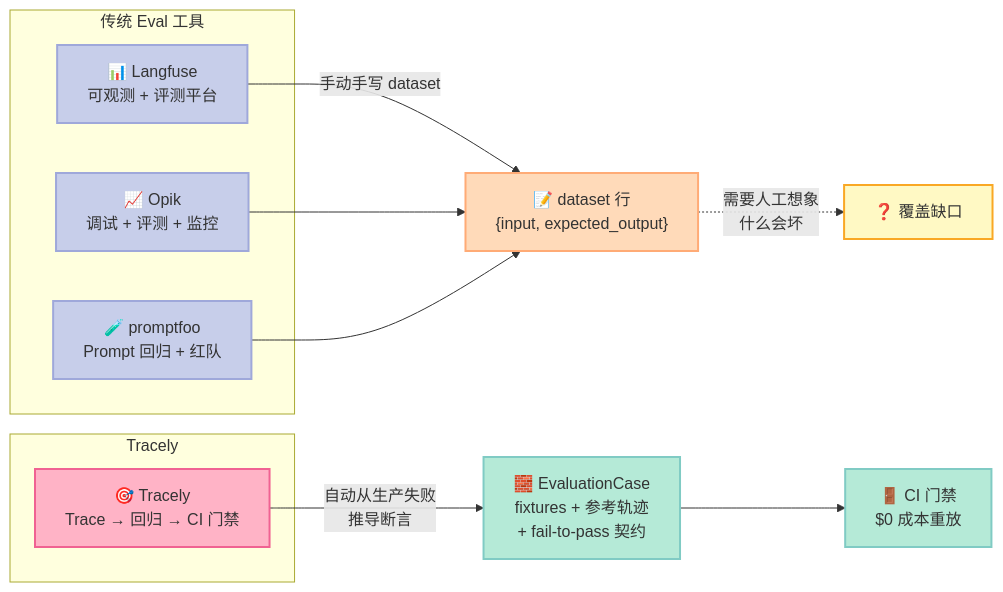
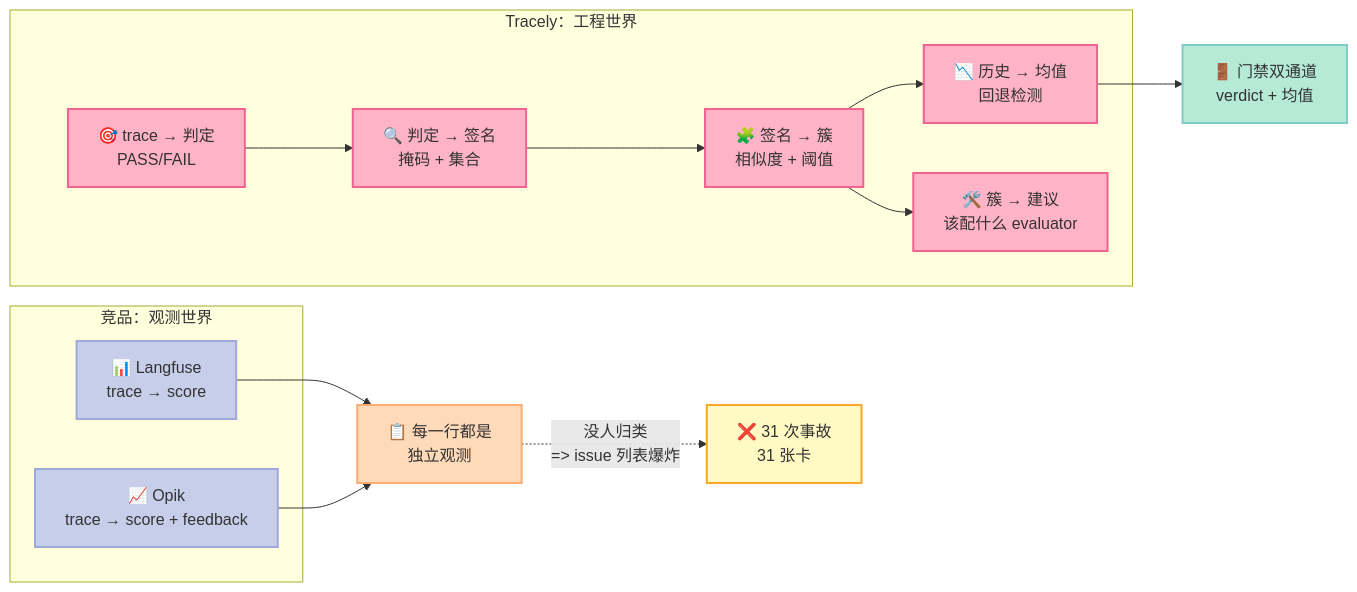
One commit to xuqi2024/xuqi2024.github.io changed the third of 3 diagrams in source/_posts/2026-11-09-tracely-trace-native-regression-ci-gate-deep-dive.md. Above: the diagram before and after it, drawn with Mermaid. The commit also changed other lines of this file, not shown here.

Commit message:
Rewrite Tracely article: refocus on failure-organization layer (silent failures, clustering, score-drop) to avoid overlap with the 2026-10-21 first installment

````diff
--- a/source/_posts/2026-11-09-tracely-trace-native-regression-ci-gate-deep-dive.md
+++ b/source/_posts/2026-11-09-tracely-trace-native-regression-ci-gate-deep-dive.md
@@ -724,28 +618,33 @@
 ```mermaid
 graph LR
-    subgraph "传统 Eval 工具"
-        L1["📊 Langfuse<br/>可观测 + 评测平台"]
-        O1["📈 Opik<br/>调试 + 评测 + 监控"]
-        P1["🧪 promptfoo<br/>Prompt 回归 + 红队"]
+    subgraph "竞品：观测世界"
+        L1["📊 Langfuse<br/>trace → score"]
+        O1["📈 Opik<br/>trace → score + feedback"]
     end
-    subgraph "Tracely"
-        T1["🎯 Tracely<br/>Trace → 回归 → CI 门禁"]
+    subgraph "Tracely：工程世界"
+        T1["🎯 trace → 判定<br/>PASS/FAIL"]
+        T2["🔍 判定 → 签名<br/>掩码 + 集合"]
+        T3["🧩 签名 → 簇<br/>相似度 + 阈值"]
+        T4["📉 历史 → 均值<br/>回退检测"]
+        T5["🛠️ 簇 → 建议<br/>该配什么 evaluator"]
     end
 
-    L1 -->|"手动手写 dataset"| X1["📝 dataset 行<br/>{input, expected_output}"]
-    O1 --> X1
-    P1 --> X1
-    X1 -.->|"需要人工想象<br/>什么会坏"| GAP["❓ 覆盖缺口"]
+    L1 --> X["📋 每一行都是<br/>独立观测"]
+    O1 --> X
+    X -.->|"没人归类<br/>=> issue 列表爆炸"| GAP["❌ 31 次事故<br/>31 张卡"]
 
-    T1 -->|"自动从生产失败<br/>推导断言"| CASE["🧱 EvaluationCase<br/>fixtures + 参考轨迹<br/>+ fail-to-pass 契约"]
-    CASE --> GATE["🚪 CI 门禁<br/>$0 成本重放"]
+    T1 --> T2 --> T3 --> T5
+    T3 --> T4
+    T4 --> GATE["🚪 门禁双通道<br/>verdict + 均值"]
 
     style L1 fill:#C7CEEA,stroke:#9FA8DA,stroke-width:2px,color:#333
     style O1 fill:#C7CEEA,stroke:#9FA8DA,stroke-width:2px,color:#333
-    style P1 fill:#C7CEEA,stroke:#9FA8DA,stroke-width:2px,color:#333
     style T1 fill:#FFB3C6,stroke:#F06292,stroke-width:2px,color:#333
-    style X1 fill:#FFDAB9,stroke:#FFAB76,stroke-width:2px,color:#333
+    style T2 fill:#FFB3C6,stroke:#F06292,stroke-width:2px,color:#333
+    style T3 fill:#FFB3C6,stroke:#F06292,stroke-width:2px,color:#333
+    style T4 fill:#FFB3C6,stroke:#F06292,stroke-width:2px,color:#333
+    style T5 fill:#FFB3C6,stroke:#F06292,stroke-width:2px,color:#333
+    style X fill:#FFDAB9,stroke:#FFAB76,stroke-width:2px,color:#333
     style GAP fill:#FFF9C4,stroke:#F9A825,stroke-width:2px,color:#333
-    style CASE fill:#B5EAD7,stroke:#80CBC4,stroke-width:2px,color:#333
     style GATE fill:#B5EAD7,stroke:#80CBC4,stroke-width:2px,color:#333
 ```
````
